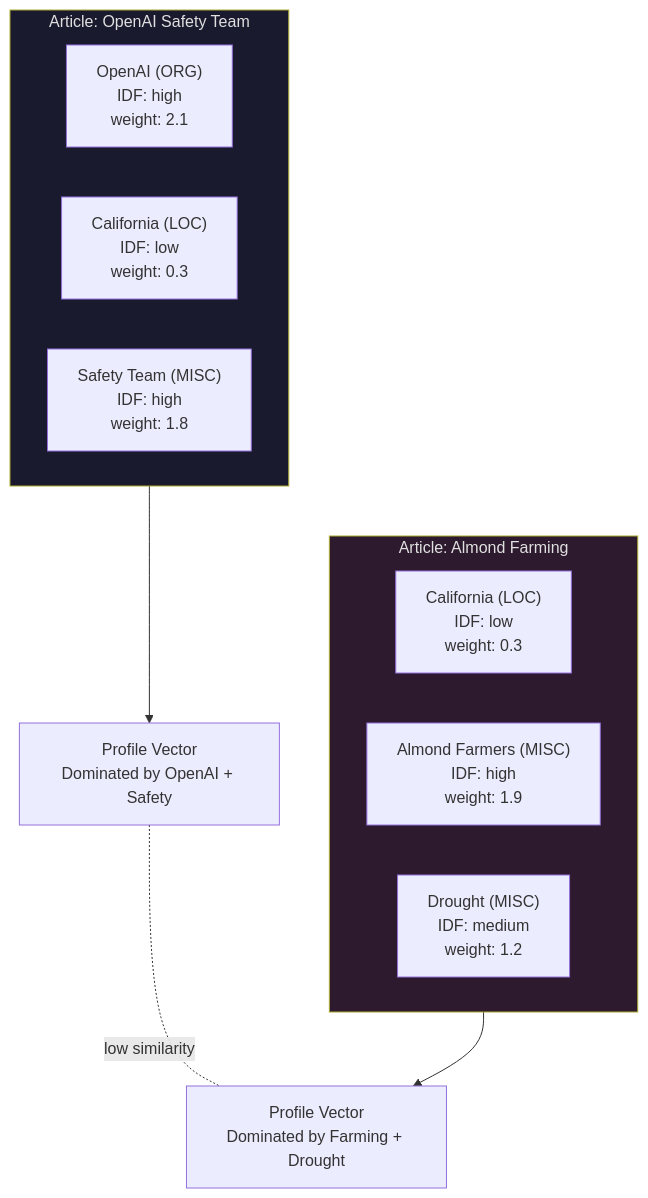
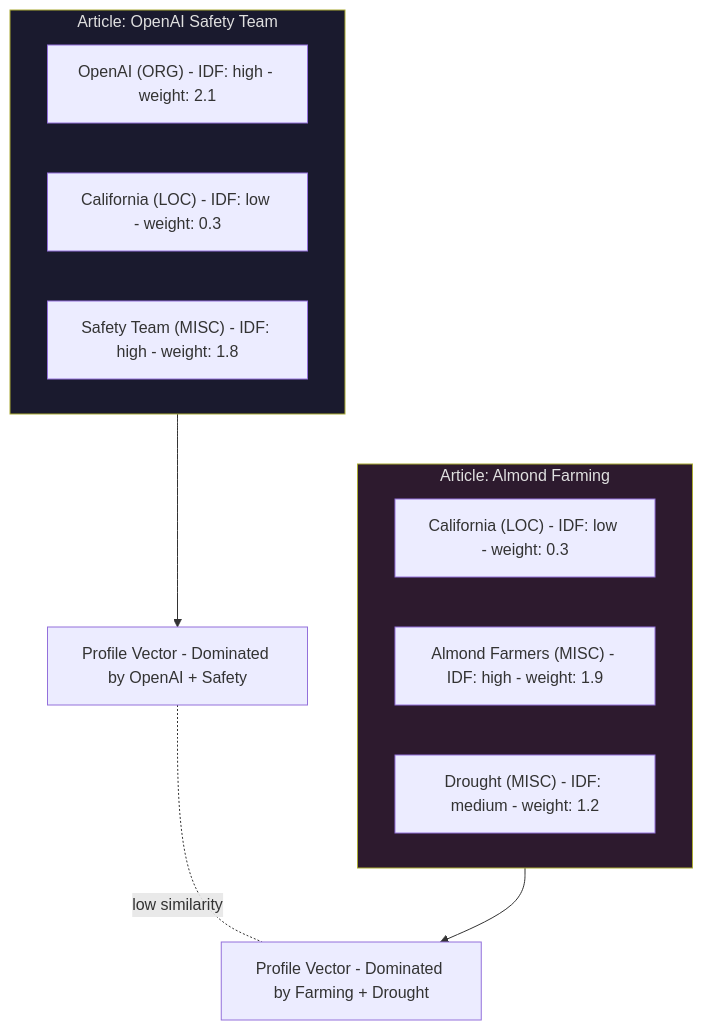
The fifth of 10 diagrams in Mostlylucid/Markdown/doomsummarizer-deep-research.md (Shaddix/mostlylucidweb), drawn with Mermaid before and after one commit. The commit also changed other lines of this file and 25 other files, not shown here.

````diff
--- a/Mostlylucid/Markdown/doomsummarizer-deep-research.md
+++ b/Mostlylucid/Markdown/doomsummarizer-deep-research.md
@@ -250,21 +250,21 @@
 ```mermaid
 flowchart TD
     subgraph Doc1["Article: OpenAI Safety Team"]
-        E1["OpenAI (ORG)\nIDF: high\nweight: 2.1"]
-        E2["California (LOC)\nIDF: low\nweight: 0.3"]
-        E3["Safety Team (MISC)\nIDF: high\nweight: 1.8"]
+        E1["OpenAI (ORG) - IDF: high - weight: 2.1"]
+        E2["California (LOC) - IDF: low - weight: 0.3"]
+        E3["Safety Team (MISC) - IDF: high - weight: 1.8"]
     end
 
     subgraph Doc2["Article: Almond Farming"]
-        E4["California (LOC)\nIDF: low\nweight: 0.3"]
-        E5["Almond Farmers (MISC)\nIDF: high\nweight: 1.9"]
-        E6["Drought (MISC)\nIDF: medium\nweight: 1.2"]
+        E4["California (LOC) - IDF: low - weight: 0.3"]
+        E5["Almond Farmers (MISC) - IDF: high - weight: 1.9"]
+        E6["Drought (MISC) - IDF: medium - weight: 1.2"]
     end
 
-    Doc1 --> P1["Profile Vector\nDominated by OpenAI + Safety"]
-    Doc2 --> P2["Profile Vector\nDominated by Farming + Drought"]
+    Doc1 --> P1["Profile Vector - Dominated by OpenAI + Safety"]
+    Doc2 --> P2["Profile Vector - Dominated by Farming + Drought"]
     P1 -. "low similarity" .- P2
 
     style Doc1 fill:#1a1a2e,color:#e0e0e0
     style Doc2 fill:#2d1a2e,color:#e0e0e0
 ```
````
